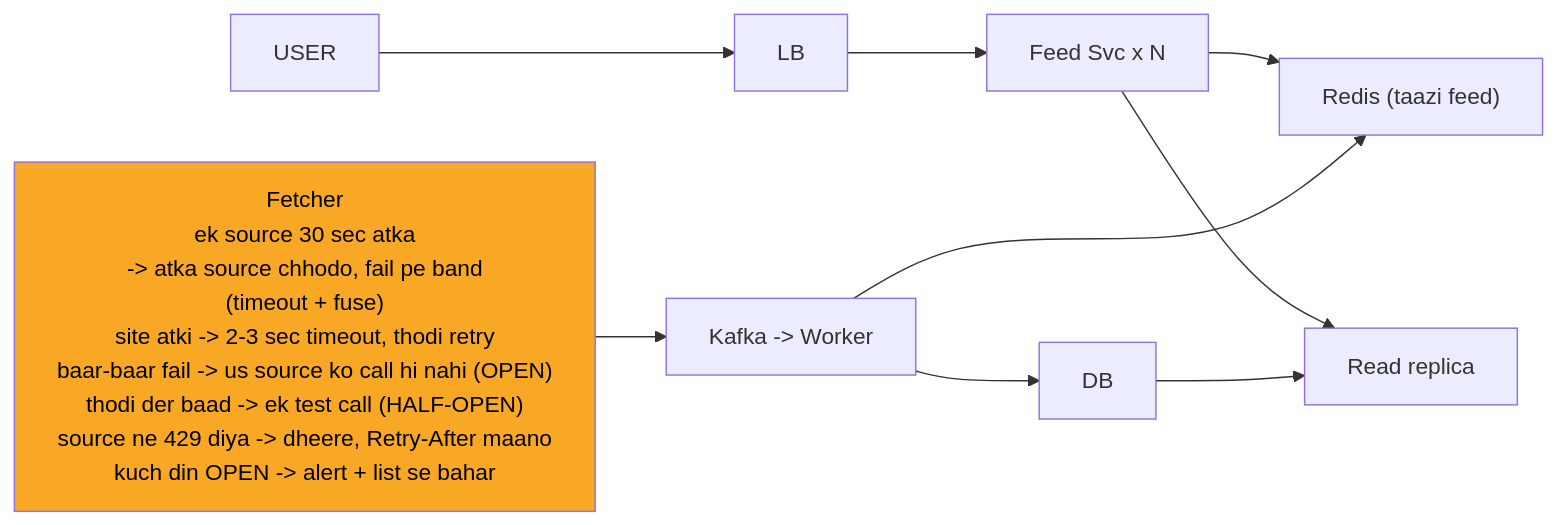
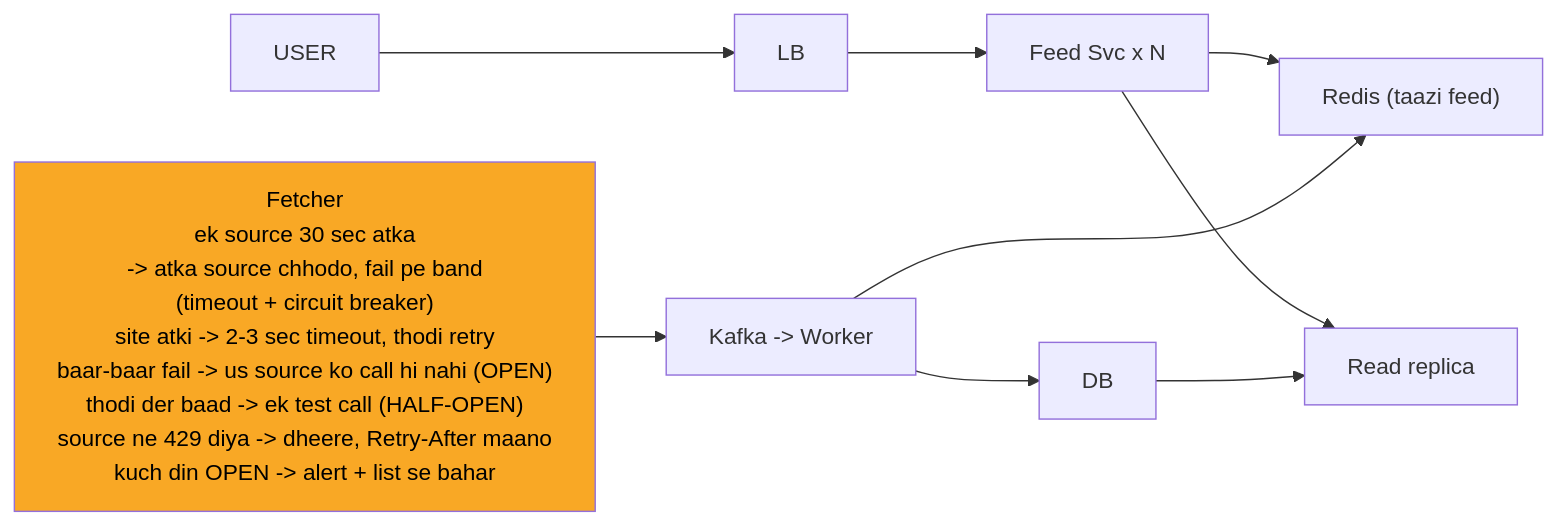
One commit to ArpanMaheshwari144/Prep changed the sixth of 11 diagrams in 04_HLD/SYSTEM_DESIGNS/08_news_aggregator/08_news_aggregator_INTERVIEW.md. Above: the diagram before and after it, drawn with Mermaid. The commit also changed other lines of this file and 12 other files, not shown here.

````diff
--- a/04_HLD/SYSTEM_DESIGNS/08_news_aggregator/08_news_aggregator_INTERVIEW.md
+++ b/04_HLD/SYSTEM_DESIGNS/08_news_aggregator/08_news_aggregator_INTERVIEW.md
@@ -236,21 +236,21 @@
 ```mermaid
 %%{init: {"flowchart": {"wrappingWidth": 450}}}%%
 flowchart LR
     n_USER["USER"]
     n_LB["LB"]
     n_Feed_Svc_xN["Feed Svc x N"]
     n_Redis["Redis (taazi feed)"]
     n_Read_replica["Read replica"]
     n_DB["DB"]
     n_KW["Kafka -> Worker"]
-    n_Fetcher["Fetcher<br/>ek source 30 sec atka<br/>-> atka source chhodo, fail pe band<br/>(timeout + fuse)<br/>site atki -> 2-3 sec timeout, thodi retry<br/>baar-baar fail -> us source ko call hi nahi (OPEN)<br/>thodi der baad -> ek test call (HALF-OPEN)<br/>source ne 429 diya -> dheere, Retry-After maano<br/>kuch din OPEN -> alert + list se bahar"]
+    n_Fetcher["Fetcher<br/>ek source 30 sec atka<br/>-> atka source chhodo, fail pe band<br/>(timeout + circuit breaker)<br/>site atki -> 2-3 sec timeout, thodi retry<br/>baar-baar fail -> us source ko call hi nahi (OPEN)<br/>thodi der baad -> ek test call (HALF-OPEN)<br/>source ne 429 diya -> dheere, Retry-After maano<br/>kuch din OPEN -> alert + list se bahar"]
     n_USER --> n_LB
     n_LB --> n_Feed_Svc_xN
     n_Feed_Svc_xN --> n_Redis
     n_Feed_Svc_xN --> n_Read_replica
     n_DB --> n_Read_replica
     n_KW --> n_DB
     n_KW --> n_Redis
     n_Fetcher --> n_KW
     style n_Fetcher fill:#f9a825,color:#000
 ```
````
